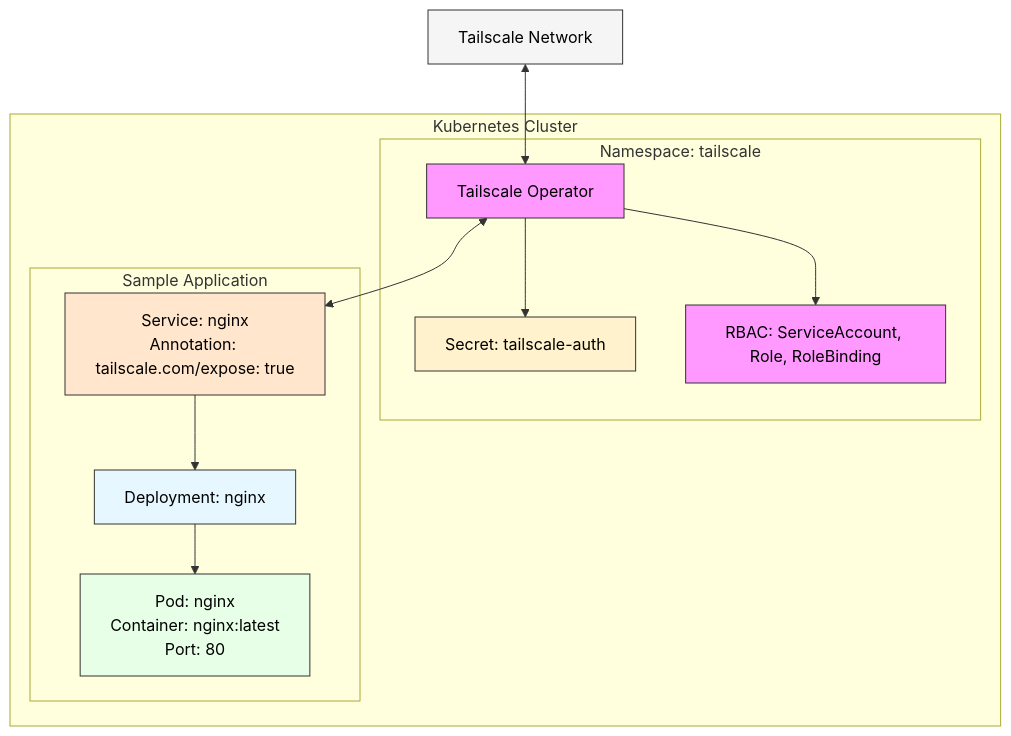
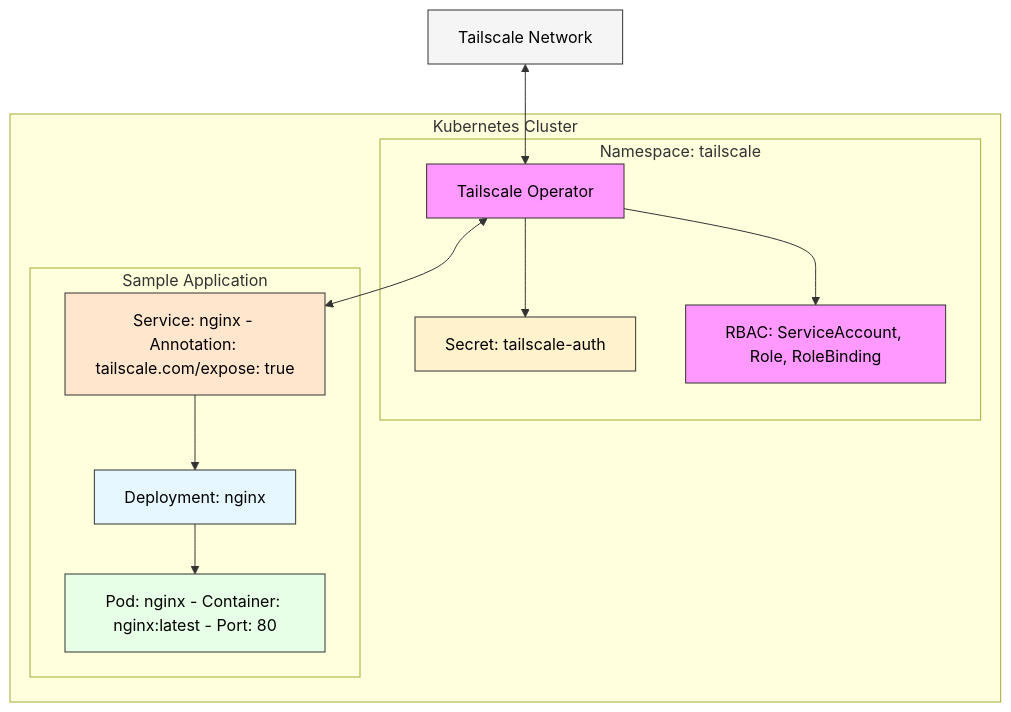
The diagram in tailscale-operator/README.md (alegarciadelrio/kubernetes), drawn with Mermaid before and after one commit.

Commit message:
fix: update the readme file with proper mermaid diagram.

````diff
--- a/tailscale-operator/README.md
+++ b/tailscale-operator/README.md
@@ -71,34 +71,34 @@
 ```mermaid
 flowchart TD
     %% External Tailscale network
     extNetwork["Tailscale Network"] <--> tsOperator
     
     %% Tailscale Operator
     subgraph "Kubernetes Cluster"
         subgraph "Namespace: tailscale"
             tsOperator["Tailscale Operator"] --> tsSecret["Secret: tailscale-auth"]
             tsOperator --> tsRBAC["RBAC: ServiceAccount, Role, RoleBinding"]
         end
         
         %% Sample Application
         subgraph "Sample Application"
-            tsOperator <--> svc["Service: nginx\nAnnotation: tailscale.com/expose: true"]
+            tsOperator <--> svc["Service: nginx - Annotation: tailscale.com/expose: true"]
             svc --> deploy["Deployment: nginx"]
-            deploy --> pod["Pod: nginx\nContainer: nginx:latest\nPort: 80"]
+            deploy --> pod["Pod: nginx - Container: nginx:latest - Port: 80"]
         end
     end
     
     classDef operator fill:#f9f,stroke:#333,stroke-width:1px,color:#000000
     classDef service fill:#ffe6cc,stroke:#333,stroke-width:1px,color:#000000
     classDef deployment fill:#e6f7ff,stroke:#333,stroke-width:1px,color:#000000
     classDef pod fill:#e6ffe6,stroke:#333,stroke-width:1px,color:#000000
     classDef network fill:#f5f5f5,stroke:#333,stroke-width:1px,color:#000000
     classDef secret fill:#fff2cc,stroke:#333,stroke-width:1px,color:#000000
     
     class tsOperator,tsRBAC operator
     class svc service
     class deploy deployment
     class pod pod
     class extNetwork network
     class tsSecret secret
 ```
````
